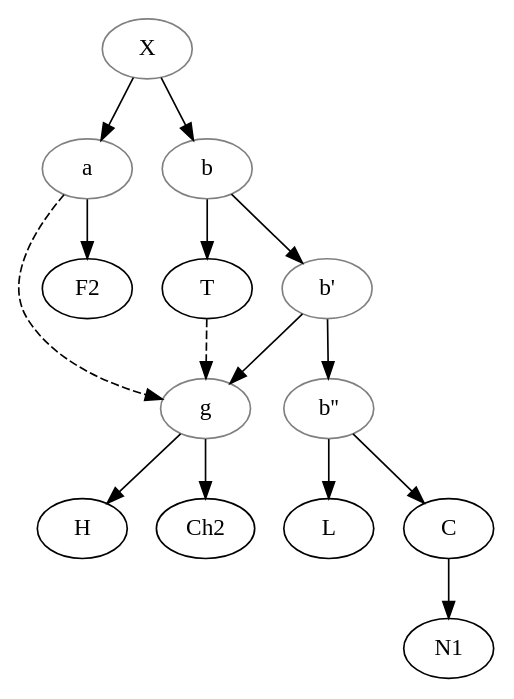
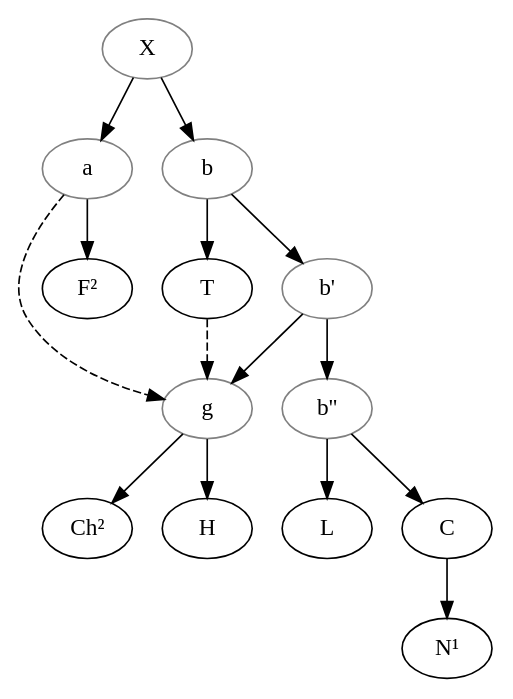
Before and after one commit to OpenStemmata/database: the diagram in data/fro/Blanchard_1976_TristanProseV1/stemma.gv, drawn with Graphviz.

Commit message:
Added superscript numbers to sigla in fro/Blanchard_1976_TristanProseV1

```diff
--- a/data/fro/Blanchard_1976_TristanProseV1/stemma.gv
+++ b/data/fro/Blanchard_1976_TristanProseV1/stemma.gv
@@ -1,24 +1,27 @@
 digraph {
 X[color="grey"];
 a[color="grey"];
 b[color="grey"];
 bprime[color="grey", label="b'"];
 g[color="grey"];
 bsecond[color="grey", label="b''"];
+F2[label="F²"];
+Ch2[label="Ch²"];
+N1[label="N¹"];
 
 X->a;
 a->F2;
 a->g[style="dashed"];
 X->b;
 b->T;
 T->g[style="dashed"];
 b->bprime;
 bprime->g;
 g->H;
 g->Ch2;
 bprime->bsecond;
 bsecond->L;
 bsecond->C;
 C->N1;
 
 }
```
